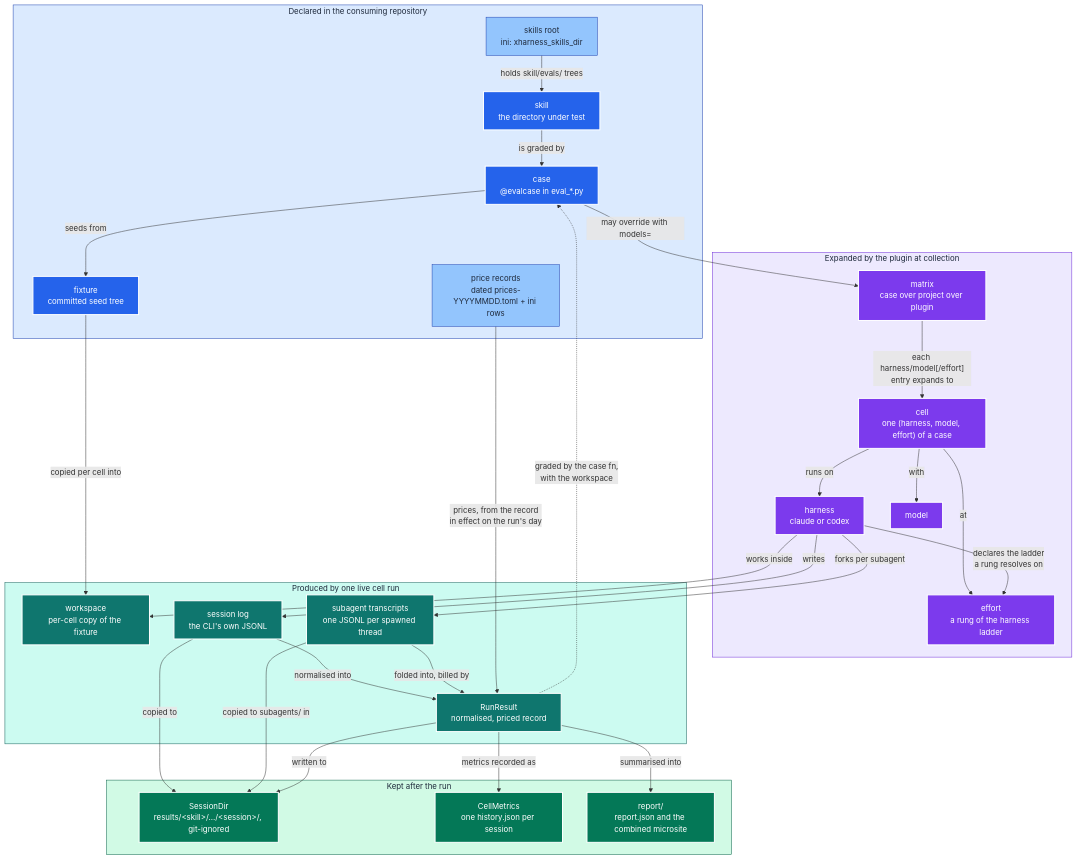
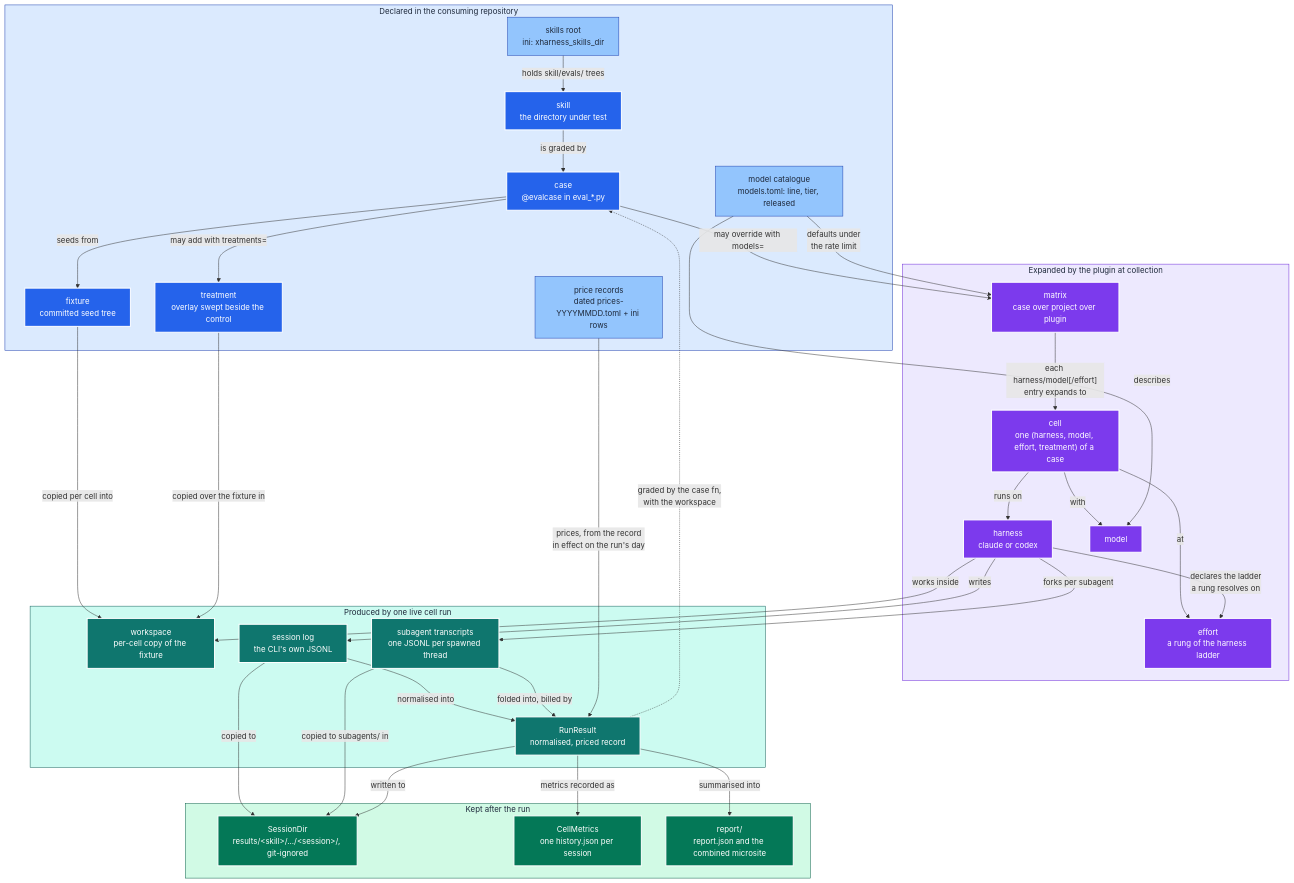
The diagram in GLOSSARY.md (neozenith/pytest-xharness-eval), drawn with Mermaid before and after one commit. The commit also changed other lines of this file and 137 other files, not shown here.

First line of the commit message:
Treatment axis, one model catalogue, live pricing, and subagents priced at their own rates (#12)

````diff
--- a/GLOSSARY.md
+++ b/GLOSSARY.md
@@ -78,68 +87,74 @@
 ```mermaid
 flowchart TB
     subgraph declared["Declared in the consuming repository"]
         ROOT["skills root<br/>ini: xharness_skills_dir"]:::cfg
         SKILL["skill<br/>the directory under test"]:::declare
         CASE["case<br/>@evalcase in eval_*.py"]:::declare
         FIX["fixture<br/>committed seed tree"]:::declare
+        TREAT["treatment<br/>overlay swept beside the control"]:::declare
         PRICES["price records<br/>dated prices-YYYYMMDD.toml + ini rows"]:::cfg
+        CATALOG["model catalogue<br/>models.toml: line, tier, released"]:::cfg
     end
 
     subgraph expanded["Expanded by the plugin at collection"]
         MATRIX["matrix<br/>case over project over plugin"]:::plan
-        CELL["cell<br/>one (harness, model, effort) of a case"]:::plan
+        CELL["cell<br/>one (harness, model, effort, treatment) of a case"]:::plan
         HARNESS["harness<br/>claude or codex"]:::plan
         MODEL["model"]:::plan
         EFFORT["effort<br/>a rung of the harness ladder"]:::plan
     end
 
     subgraph produced["Produced by one live cell run"]
         WS["workspace<br/>per-cell copy of the fixture"]:::data
         LOG["session log<br/>the CLI's own JSONL"]:::data
         SUB["subagent transcripts<br/>one JSONL per spawned thread"]:::data
         RR["RunResult<br/>normalised, priced record"]:::data
     end
 
     subgraph kept["Kept after the run"]
         CAP["SessionDir<br/>results/&lt;skill&gt;/…/&lt;session&gt;/, git-ignored"]:::out
         HIST["CellMetrics<br/>one history.json per session"]:::out
         REP["report/<br/>report.json and the combined microsite"]:::out
     end
 
     ROOT -->|"holds skill/evals/ trees"| SKILL
     SKILL -->|"is graded by"| CASE
     CASE -->|"seeds from"| FIX
     CASE -->|"may override with models="| MATRIX
     MATRIX -->|"each harness/model[/effort]<br/>entry expands to"| CELL
     CELL -->|"runs on"| HARNESS
     CELL -->|"with"| MODEL
     CELL -->|"at"| EFFORT
     HARNESS -->|"declares the ladder<br/>a rung resolves on"| EFFORT
+    CATALOG -->|"describes"| MODEL
+    CATALOG -->|"defaults under<br/>the rate limit"| MATRIX
     FIX -->|"copied per cell into"| WS
+    CASE -->|"may add with treatments="| TREAT
+    TREAT -->|"copied over the fixture in"| WS
     HARNESS -->|"works inside"| WS
     HARNESS -->|"writes"| LOG
     HARNESS -->|"forks per subagent"| SUB
     LOG -->|"normalised into"| RR
     SUB -->|"folded into, billed by"| RR
     PRICES -->|"prices, from the record<br/>in effect on the run's day"| RR
     RR -.->|"graded by the case fn,<br/>with the workspace"| CASE
     LOG -->|"copied to"| CAP
     SUB -->|"copied to subagents/ in"| CAP
     RR -->|"written to"| CAP
     RR -->|"metrics recorded as"| HIST
     RR -->|"summarised into"| REP
 
     classDef declare fill:#2563eb,stroke:#fff,color:#fff,stroke-width:2px
     classDef cfg     fill:#93c5fd,stroke:#1e40af,color:#1e293b,stroke-width:1px
     classDef plan    fill:#7c3aed,stroke:#fff,color:#fff,stroke-width:2px
     classDef data    fill:#0f766e,stroke:#fff,color:#fff,stroke-width:2px
     classDef out     fill:#047857,stroke:#fff,color:#fff,stroke-width:2px
     classDef sgDeclare  fill:#dbeafe,stroke:#1e40af,color:#1e293b
     classDef sgExpand   fill:#ede9fe,stroke:#6d28d9,color:#1e293b
     classDef sgProduced fill:#ccfbf1,stroke:#115e59,color:#1e293b
     classDef sgKept     fill:#d1fae5,stroke:#065f46,color:#1e293b
     class declared sgDeclare
     class expanded sgExpand
     class produced sgProduced
     class kept sgKept
 ```
````
